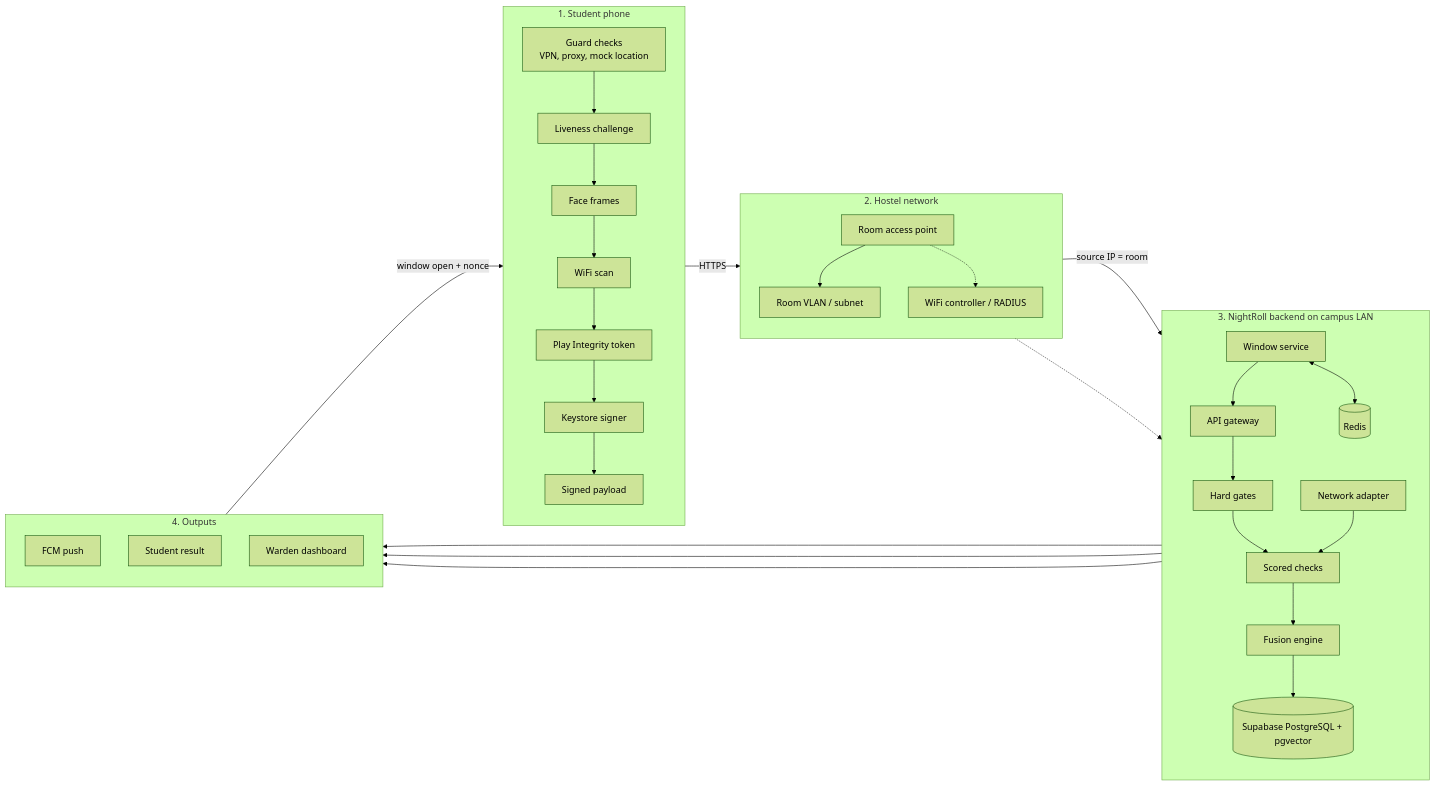
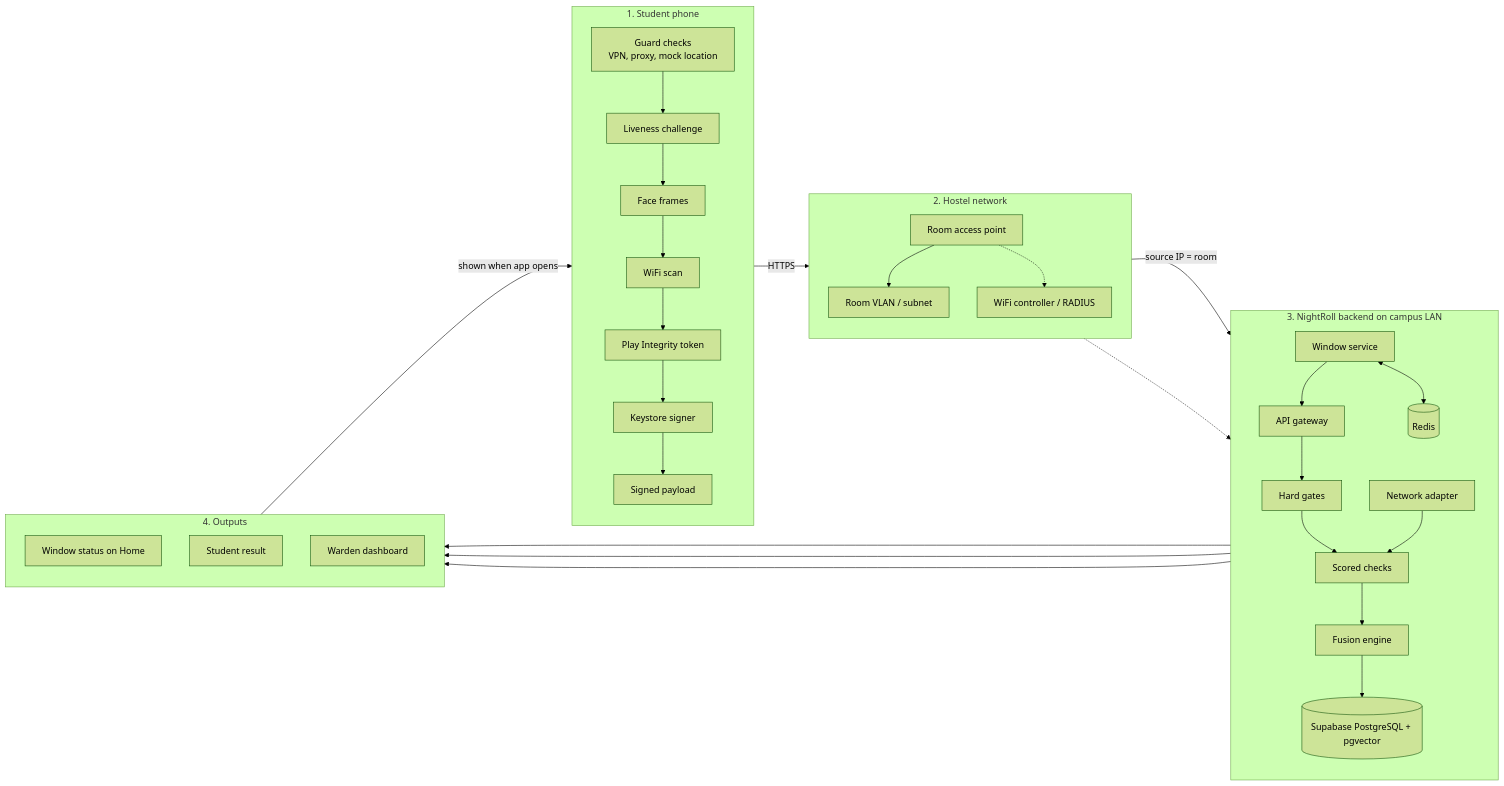
One commit to Rahul-8283/NightRoll changed the second of 14 diagrams in README.md. Above: the diagram before and after it, drawn with Mermaid (forest theme). The commit also changed other lines of this file and 14 other files, not shown here.

Commit message:
docs: replace Firebase push with open-app model across docs and phases

````diff
--- a/README.md
+++ b/README.md
@@ -138,54 +137,54 @@
 ```mermaid
 flowchart LR
     subgraph Phone["1. Student phone"]
         direction TB
         P1["Guard checks<br/>VPN, proxy, mock location"]
         P2["Liveness challenge"]
         P3["Face frames"]
         P4["WiFi scan"]
         P5["Play Integrity token"]
         P6["Keystore signer"]
         P7["Signed payload"]
         P1 --> P2 --> P3 --> P4 --> P5 --> P6 --> P7
     end
 
     subgraph Net["2. Hostel network"]
         direction TB
         N1["Room access point"]
         N2["Room VLAN / subnet"]
         N3["WiFi controller / RADIUS"]
         N1 --> N2
         N1 -.-> N3
     end
 
     subgraph Back["3. NightRoll backend on campus LAN"]
         direction TB
         B0["Window service"]
         B1["API gateway"]
         B2["Hard gates"]
         B3["Scored checks"]
         B4["Fusion engine"]
         B5[("Supabase PostgreSQL + pgvector")]
         B6[("Redis")]
         B7["Network adapter"]
         B0 --> B1 --> B2 --> B3 --> B4
         B0 <--> B6
         B4 --> B5
         B7 --> B3
     end
 
     subgraph Out["4. Outputs"]
         direction TB
-        O1["FCM push"]
+        O1["Window status on Home"]
         O2["Student result"]
         O3["Warden dashboard"]
     end
 
     P7 -- "HTTPS" --> N1
     N2 -- "source IP = room" --> B1
     N3 -.-> B7
     B0 --> O1
-    O1 -- "window open + nonce" --> P1
+    O1 -- "shown when app opens" --> P1
     B4 --> O2
     B4 --> O3
 ```
````
